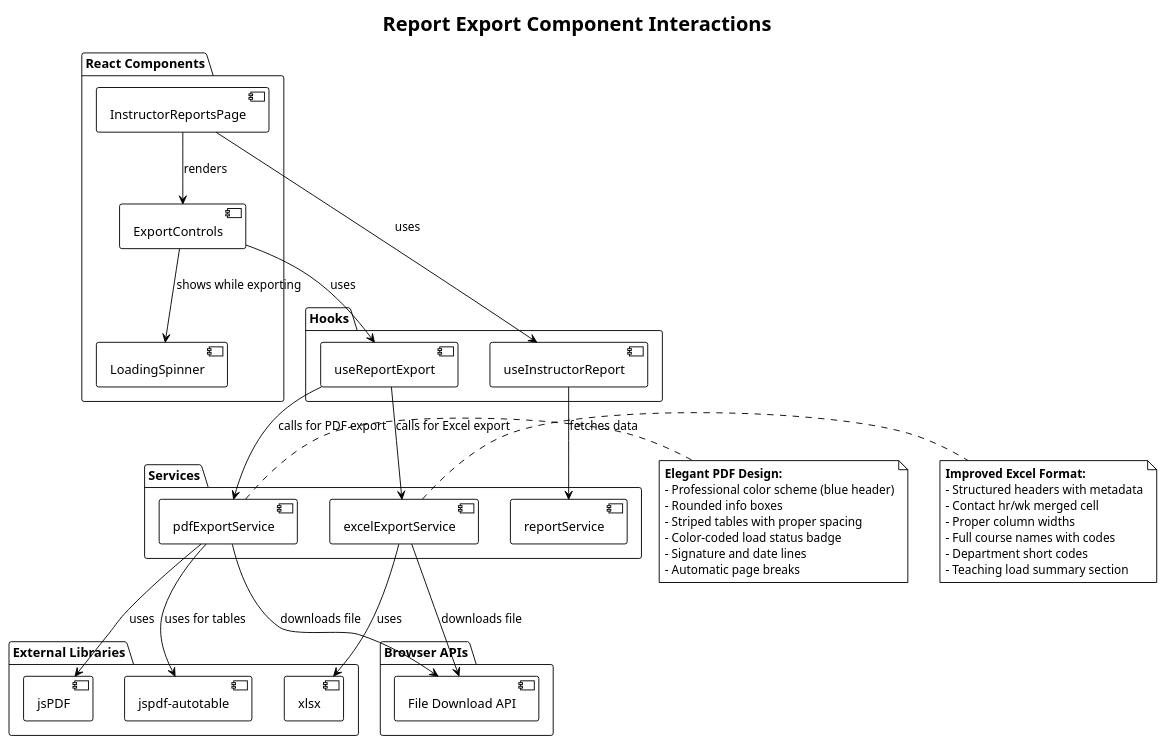
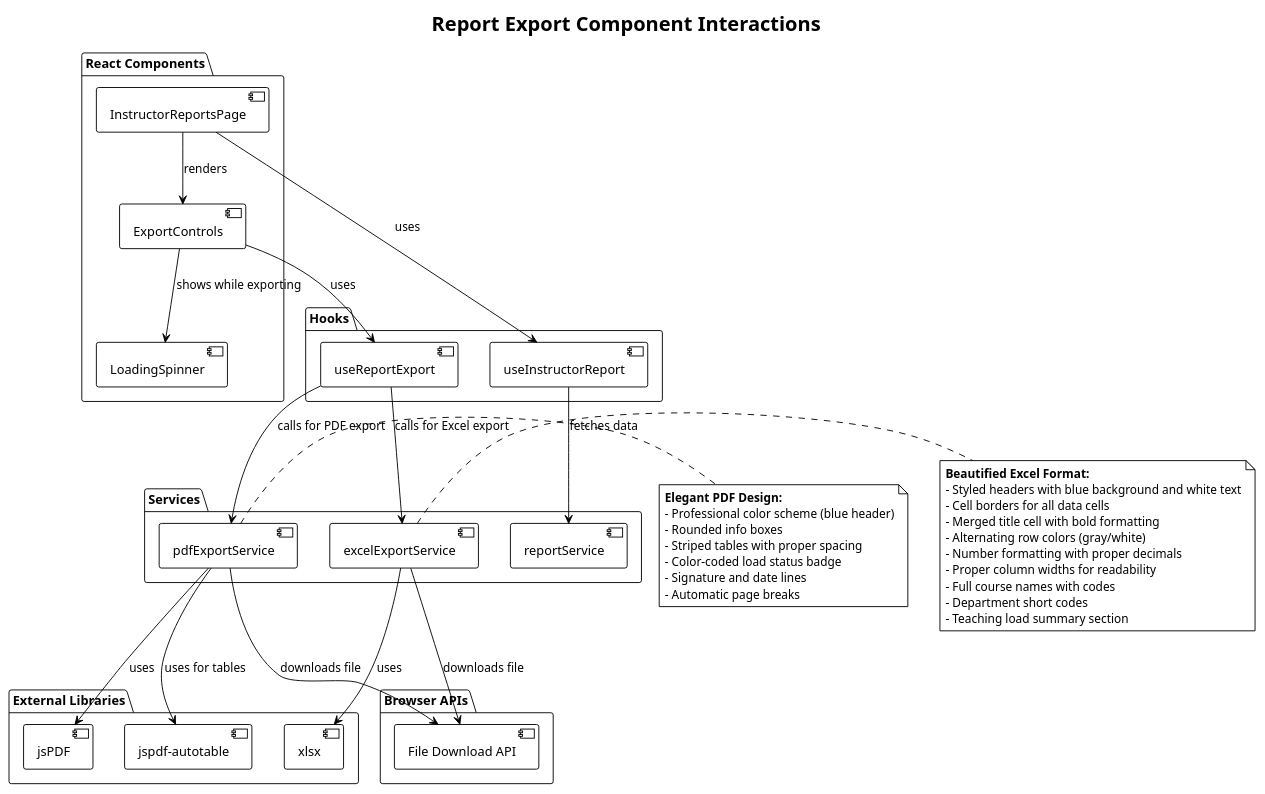
The sixth of 7 diagrams in docs/c4-diagrams/instructor-reports-system.puml (Wence024/ClassFlow), drawn with PlantUML before and after one commit. The commit also changed 4 other files, not shown here.

```diff
--- a/docs/c4-diagrams/instructor-reports-system.puml
+++ b/docs/c4-diagrams/instructor-reports-system.puml
@@ -280,70 +280,73 @@
 @startuml Report Export - Component Interaction
 !theme plain
 title Report Export Component Interactions
 
 package "React Components" {
     [InstructorReportsPage] as Page
     [ExportControls] as Export
     [LoadingSpinner] as Spinner
 }
 
 package "Hooks" {
     [useReportExport] as ExportHook
     [useInstructorReport] as ReportHook
 }
 
 package "Services" {
     [pdfExportService] as PDF
     [excelExportService] as Excel
     [reportService] as Report
 }
 
 package "External Libraries" {
     [jsPDF] as JSPDF
     [jspdf-autotable] as AutoTable
     [xlsx] as XLSX
 }
 
 package "Browser APIs" {
     [File Download API] as FileAPI
 }
 
 Page --> Export : renders
 Page --> ReportHook : uses
 Export --> ExportHook : uses
 Export --> Spinner : shows while exporting
 
 ExportHook --> PDF : calls for PDF export
 ExportHook --> Excel : calls for Excel export
 
 PDF --> JSPDF : uses
 PDF --> AutoTable : uses for tables
 
 Excel --> XLSX : uses
 
 ReportHook --> Report : fetches data
 
 PDF --> FileAPI : downloads file
 Excel --> FileAPI : downloads file
 
 note right of PDF
     **Elegant PDF Design:**
     - Professional color scheme (blue header)
     - Rounded info boxes
     - Striped tables with proper spacing
     - Color-coded load status badge
     - Signature and date lines
     - Automatic page breaks
 end note
 
 note right of Excel
-    **Improved Excel Format:**
-    - Structured headers with metadata
-    - Contact hr/wk merged cell
-    - Proper column widths
+    **Beautified Excel Format:**
+    - Styled headers with blue background and white text
+    - Cell borders for all data cells
+    - Merged title cell with bold formatting
+    - Alternating row colors (gray/white)
+    - Number formatting with proper decimals
+    - Proper column widths for readability
     - Full course names with codes
     - Department short codes
     - Teaching load summary section
 end note
 
 @enduml
```
